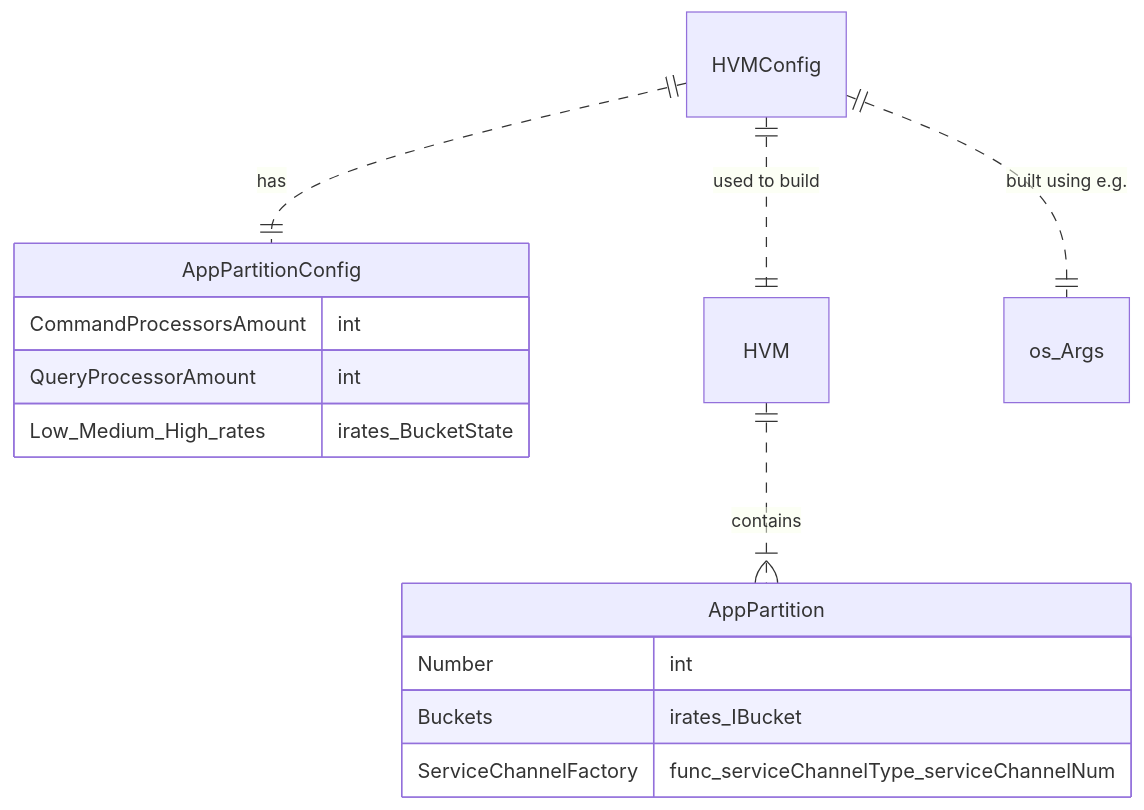
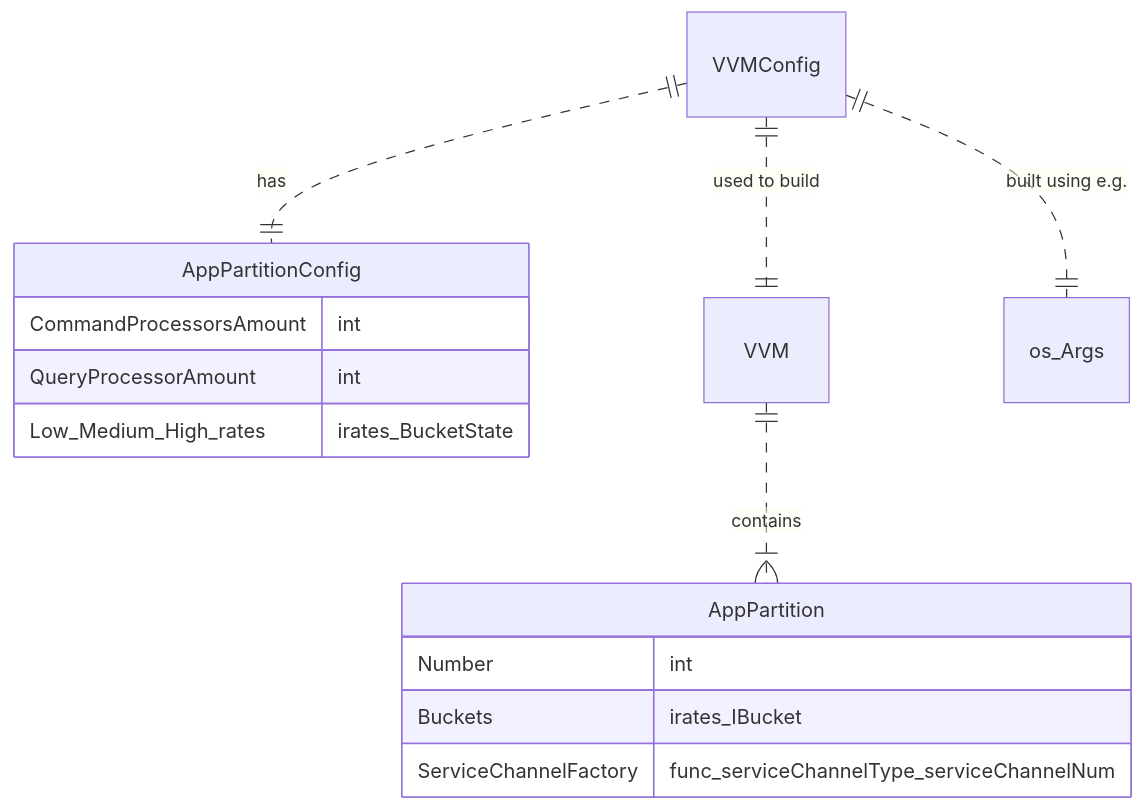
One commit to voedger/voedger changed the first of 3 diagrams in design/hvm/README.md. Above: the diagram before and after it, drawn with Mermaid. The commit also changed other lines of this file and 11 other files, not shown here.

````diff
--- a/design/hvm/README.md
+++ b/design/hvm/README.md
@@ -30,20 +30,20 @@
 ```mermaid
 erDiagram
 
-	HVMConfig ||..|| AppPartitionConfig: has
-	HVMConfig ||..|| HVM: "used to build"
-	HVMConfig ||..|| os_Args: "built using e.g."
-	HVM ||..|{ AppPartition: contains
+	VVMConfig ||..|| AppPartitionConfig: has
+	VVMConfig ||..|| VVM: "used to build"
+	VVMConfig ||..|| os_Args: "built using e.g."
+	VVM ||..|{ AppPartition: contains
 
 	AppPartitionConfig {
 		CommandProcessorsAmount int
 		QueryProcessorAmount int
 		Low_Medium_High_rates irates_BucketState
 	}
 
 	AppPartition {
 		Number int
 		Buckets irates_IBucket
 		ServiceChannelFactory func_serviceChannelType_serviceChannelNum
 	}
 ```
````
